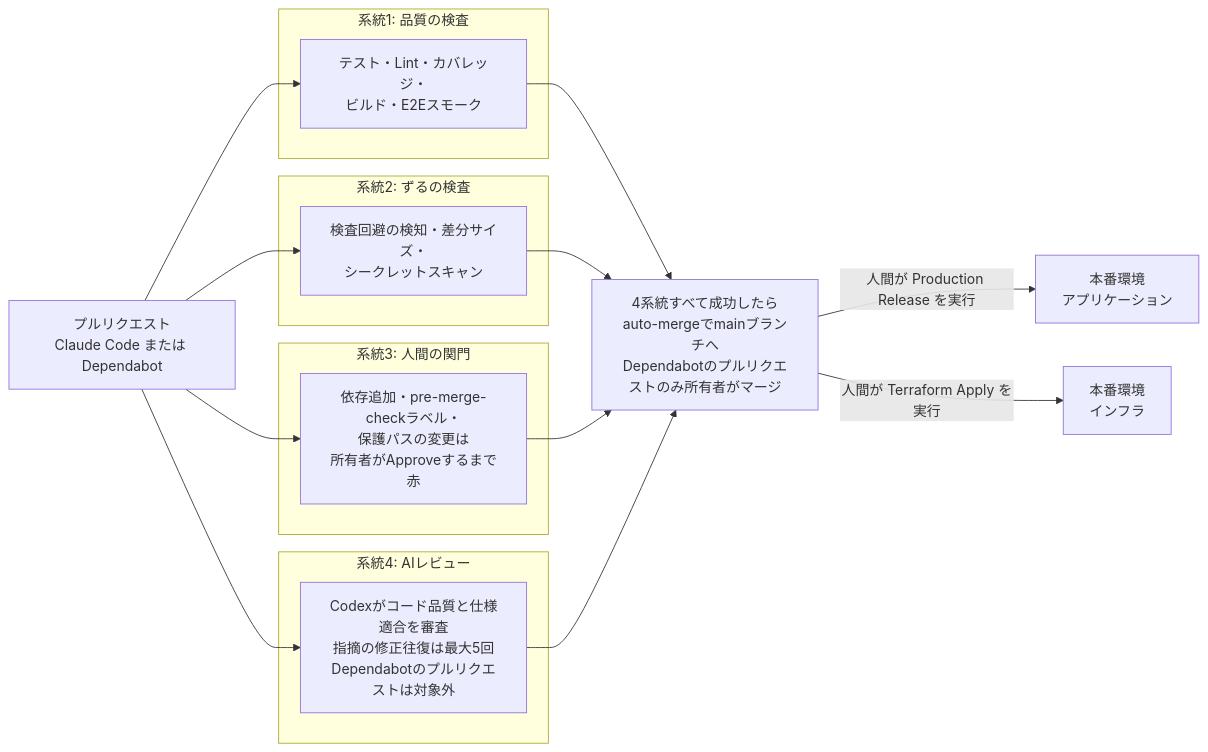
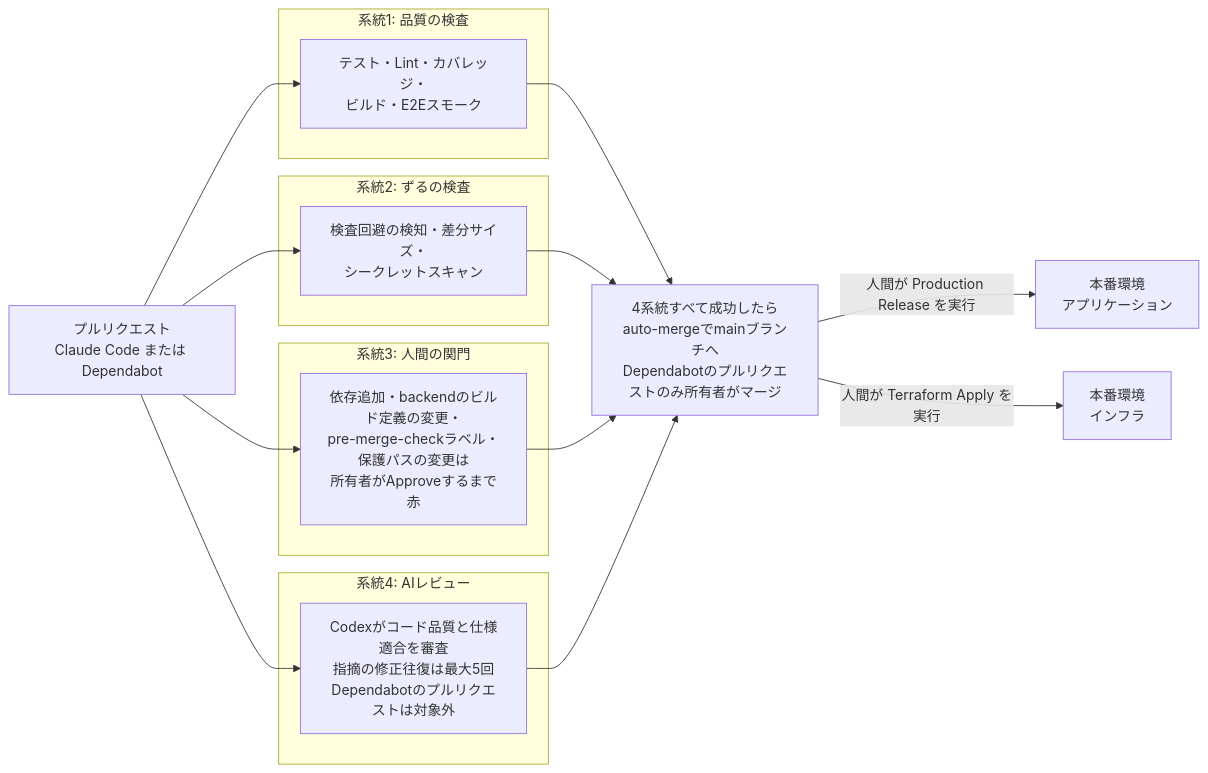
The first of 2 diagrams in README.md (DogisRiki/KeirekiPro), drawn with Mermaid before and after one commit. The commit also changed other lines of this file and 6 other files, not shown here.

````diff
--- a/README.md
+++ b/README.md
@@ -53,27 +53,27 @@
 ```mermaid
 flowchart LR
     PR[プルリクエスト<br>Claude Code または Dependabot]
 
     subgraph s1[系統1: 品質の検査]
         Q[テスト・Lint・カバレッジ・<br>ビルド・E2Eスモーク]
     end
     subgraph s2[系統2: ずるの検査]
         Z[検査回避の検知・差分サイズ・<br>シークレットスキャン]
     end
     subgraph s3[系統3: 人間の関門]
-        H[依存追加・pre-merge-checkラベル・<br>保護パスの変更は<br>所有者がApproveするまで赤]
+        H[依存追加・backendのビルド定義の変更・<br>pre-merge-checkラベル・保護パスの変更は<br>所有者がApproveするまで赤]
     end
     subgraph s4[系統4: AIレビュー]
         A[Codexがコード品質と仕様適合を審査<br>指摘の修正往復は最大5回<br>Dependabotのプルリクエストは対象外]
     end
 
     PR --> Q
     PR --> Z
     PR --> H
     PR --> A
 
     Q & Z & H & A --> M[4系統すべて成功したら<br>auto-mergeでmainブランチへ<br>Dependabotのプルリクエストのみ所有者がマージ]
 
     M -->|人間が Production Release を実行| App[本番環境<br>アプリケーション]
     M -->|人間が Terraform Apply を実行| Infra[本番環境<br>インフラ]
 ```
````
